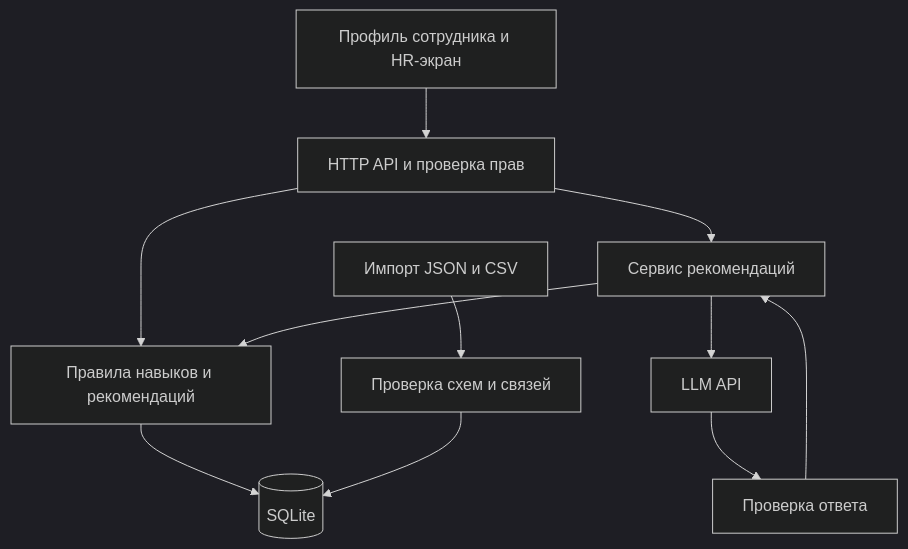
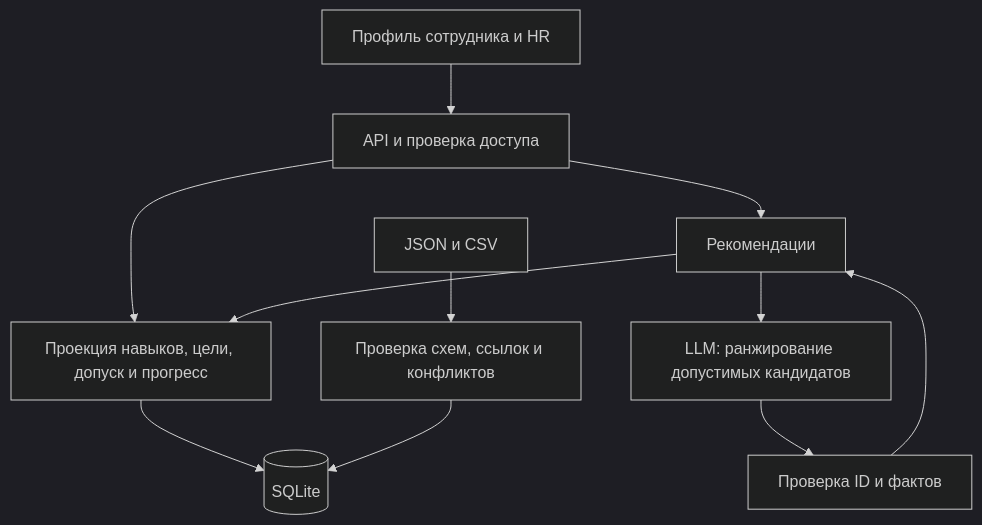
The diagram in docs/ARCHITECTURE.md (BAITC-Hacks/hack-5abba766-orbit-jr), drawn with Mermaid (dark theme) before and after one commit. The commit also changed other lines of this file and 3 other files, not shown here.

Commit message:
docs: specify backend architecture and shared API contracts

````diff
--- a/docs/ARCHITECTURE.md
+++ b/docs/ARCHITECTURE.md
@@ -23,13 +28,13 @@
 ```mermaid
 flowchart TD
-    UI[Профиль сотрудника и HR-экран] --> API[HTTP API и проверка прав]
-    API --> CORE[Правила навыков и рекомендаций]
+    UI[Профиль сотрудника и HR] --> API[API и проверка доступа]
+    API --> CORE[Проекция навыков, цели, допуск и прогресс]
     CORE --> DB[(SQLite)]
-    API --> REC[Сервис рекомендаций]
+    API --> REC[Рекомендации]
     REC --> CORE
-    REC --> LLM[LLM API]
-    LLM --> CHECK[Проверка ответа]
-    CHECK --> REC
-    IMPORT[Импорт JSON и CSV] --> VALIDATE[Проверка схем и связей]
-    VALIDATE --> DB
+    REC --> LLM[LLM: ранжирование допустимых кандидатов]
+    LLM --> VALIDATE[Проверка ID и фактов]
+    VALIDATE --> REC
+    IMPORT[JSON и CSV] --> CHECK[Проверка схем, ссылок и конфликтов]
+    CHECK --> DB
 ```
````
